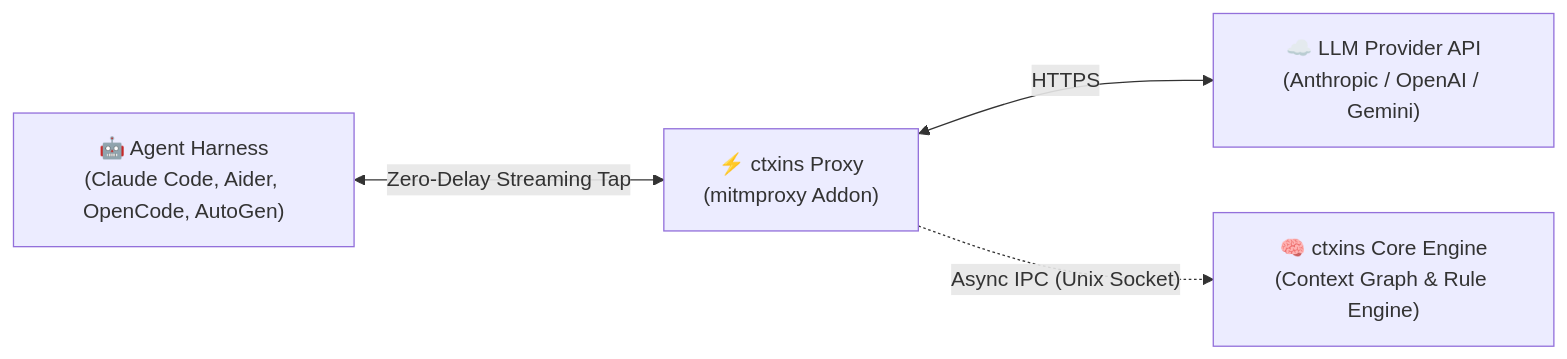
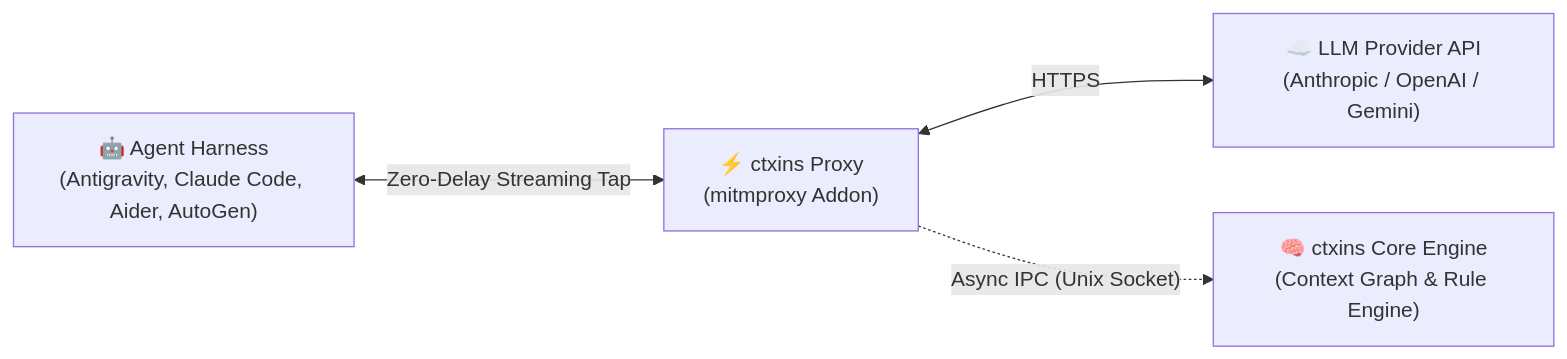
The diagram in README.md (arnabkaycee/ctxins), drawn with Mermaid before and after one commit. The commit also changed other lines of this file and 1 other file, not shown here.

Commit message:
docs: add Antigravity (agy) integration instructions

````diff
--- a/README.md
+++ b/README.md
@@ -15,11 +15,11 @@
 ```mermaid
 flowchart LR
-    Agent["🤖 Agent Harness\n(Claude Code, Aider, OpenCode, AutoGen)"]
+    Agent["🤖 Agent Harness\n(Antigravity, Claude Code, Aider, AutoGen)"]
     Proxy["⚡ ctxins Proxy\n(mitmproxy Addon)"]
     LLM["☁️ LLM Provider API\n(Anthropic / OpenAI / Gemini)"]
     Core["🧠 ctxins Core Engine\n(Context Graph & Rule Engine)"]
 
     Agent <-->|"Zero-Delay Streaming Tap"| Proxy
     Proxy <-->|"HTTPS"| LLM
     Proxy -.->|"Async IPC (Unix Socket)"| Core
 ```
````
